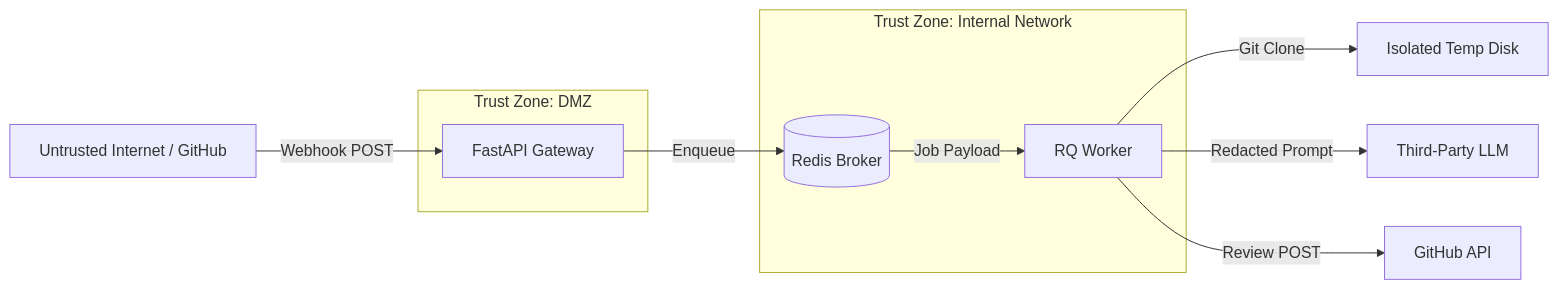
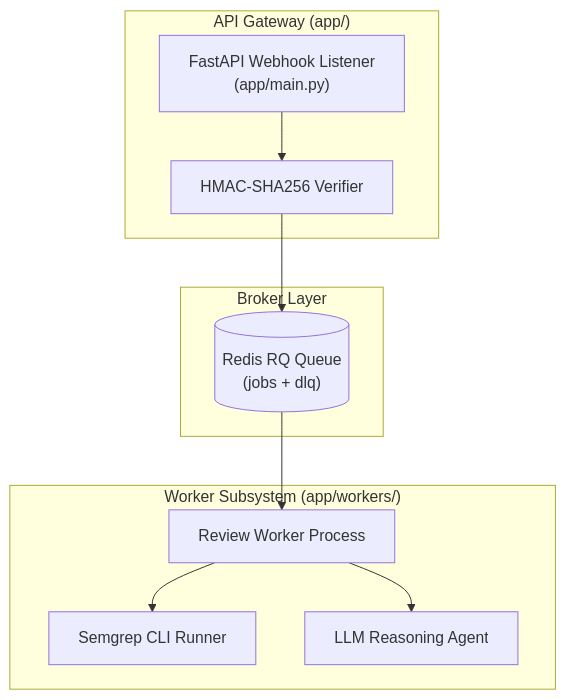
The second of 7 diagrams in PROJECT_OVERVIEW.md (themanoj-025/AegisAI), drawn with Mermaid before and after one commit. The commit also changed other lines of this file, not shown here.

````diff
--- a/PROJECT_OVERVIEW.md
+++ b/PROJECT_OVERVIEW.md
@@ -1285,16 +158,22 @@
 ```mermaid
-flowchart LR
-    A["Untrusted Internet / GitHub"] -->|"Webhook POST"| B["FastAPI Gateway"]
-    subgraph TrustZone1["Trust Zone: DMZ"]
-        B
+flowchart TD
+    subgraph Gateway["API Gateway (app/)"]
+        FastAPIApp["FastAPI Webhook Listener<br>(app/main.py)"]
+        HMACGuard["HMAC-SHA256 Verifier"]
     end
-    B -->|"Enqueue"| C[("Redis Broker")]
-    subgraph TrustZone2["Trust Zone: Internal Network"]
-        C
-        D["RQ Worker"]
+
+    subgraph Queue["Broker Layer"]
+        RedisRQ[("Redis RQ Queue<br>(jobs + dlq)")]
     end
-    C -->|"Job Payload"| D
-    D -->|"Git Clone"| E["Isolated Temp Disk"]
-    D -->|"Redacted Prompt"| F["Third-Party LLM"]
-    D -->|"Review POST"| G["GitHub API"]
+
+    subgraph Workers["Worker Subsystem (app/workers/)"]
+        WorkerProc["Review Worker Process"]
+        SASTEngine["Semgrep CLI Runner"]
+        LLMClient["LLM Reasoning Agent"]
+    end
+
+    FastAPIApp --> HMACGuard --> RedisRQ
+    RedisRQ --> WorkerProc
+    WorkerProc --> SASTEngine
+    WorkerProc --> LLMClient
 ```
````
